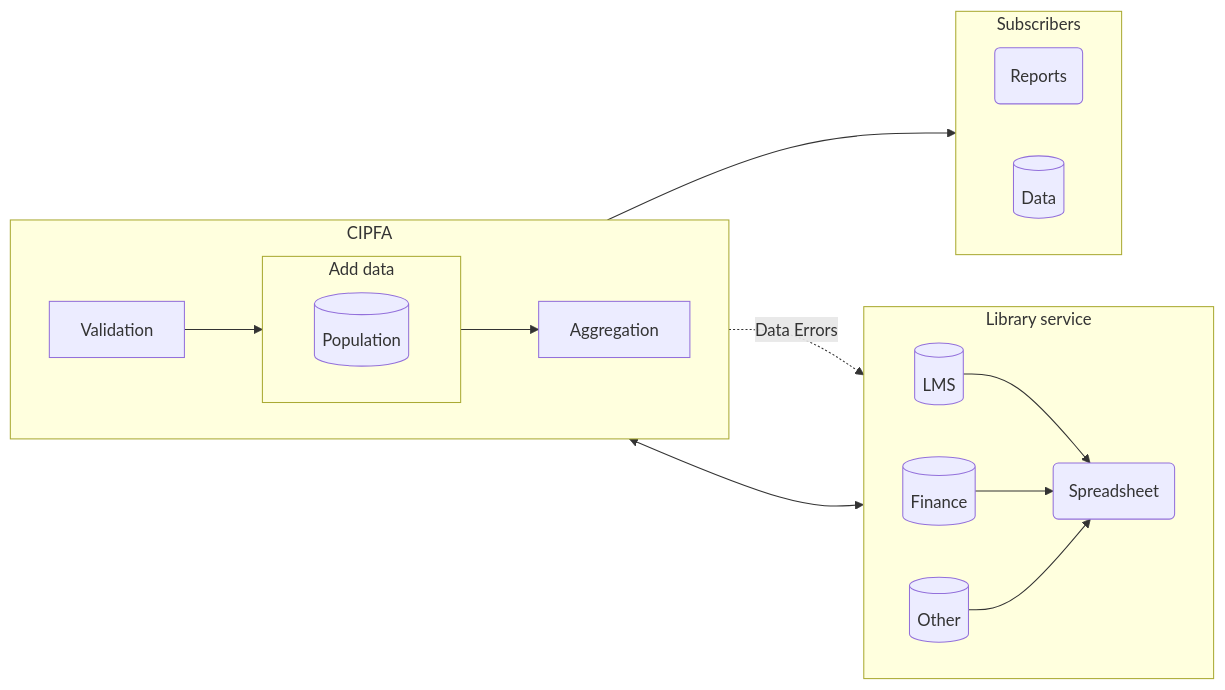
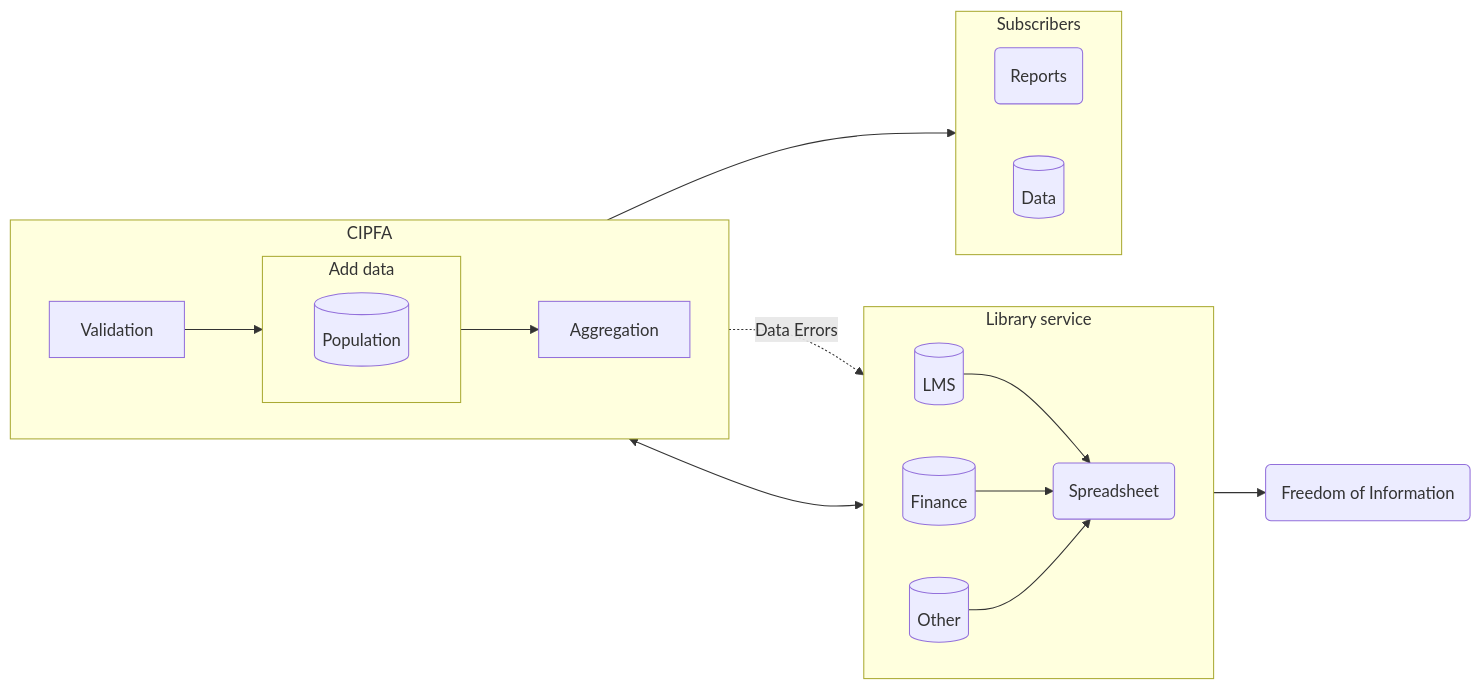
One commit to LibrariesHacked/librarieshacked.github.io changed the diagram in _posts/2021-10-25-freedom-of-information.md. Above: the diagram before and after it, drawn with Mermaid. The commit also changed other lines of this file and 1 other file, not shown here.

Commit message:
Tweaks to foi post

```diff
--- a/_posts/2021-10-25-freedom-of-information.md
+++ b/_posts/2021-10-25-freedom-of-information.md
@@ -23,32 +23,34 @@
 <div class="mermaid">
     flowchart LR
+        foi(Freedom of Information)
         subgraph Library service
             direction LR
             lblms[(LMS)]
             lbf[(Finance)]
             lbo[(Other)]
             lb1(Spreadsheet)
         end
         subgraph CIPFA
             direction LR
             id2[Validation]
             subgraph id3 [Add data]
                 direction LR
                 ad1[(Population)]
             end
             id4[Aggregation]
         end
         subgraph cs [Subscribers]
             direction LR
             srp(Reports)
             data[(Data)]
         end
         lblms --> lb1
         lbf --> lb1
         lbo --> lb1
         lb1 <--> id2
         id2 -. Data Errors .-> lb1
         id2 --> id3
         id3 --> id4
         id4 --> cs
+        lb1 --> foi
 </div>
```
